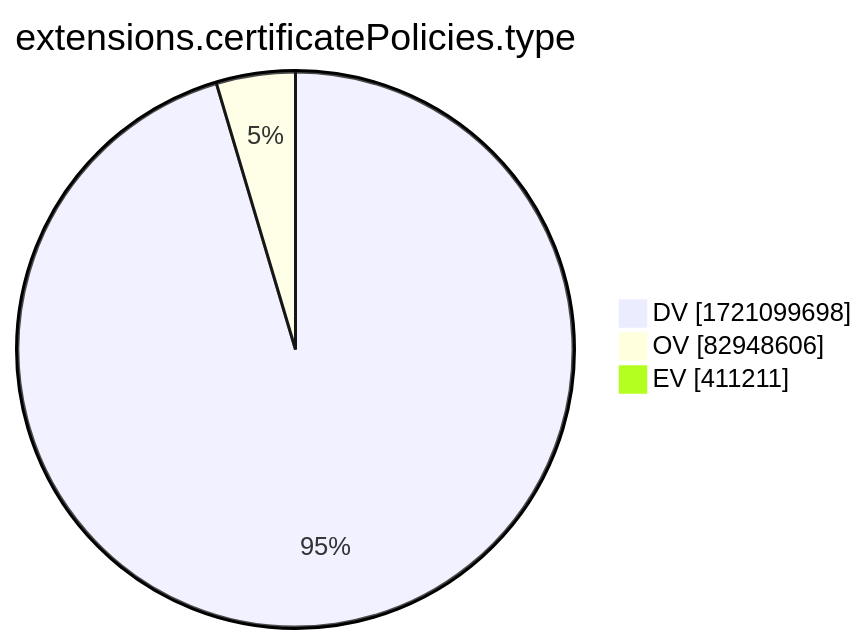
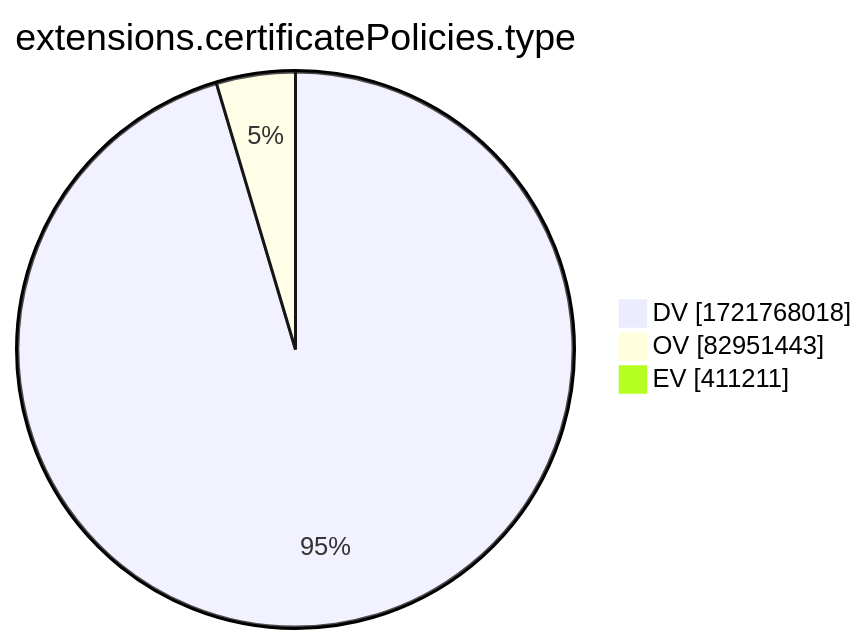
The tenth of 15 diagrams in xenon2022/README.md (christiankrug/ctmonitor_visualization), drawn with Mermaid before and after one commit. The commit also changed other lines of this file, not shown here.

````diff
--- a/xenon2022/README.md
+++ b/xenon2022/README.md
@@ -2881,7 +2881,7 @@
 ```mermaid
 pie showData
 title extensions.certificatePolicies.type
-"DV" :1721099698
-"OV" :82948606
+"DV" :1721768018
+"OV" :82951443
 "EV" :411211
 ```
````
